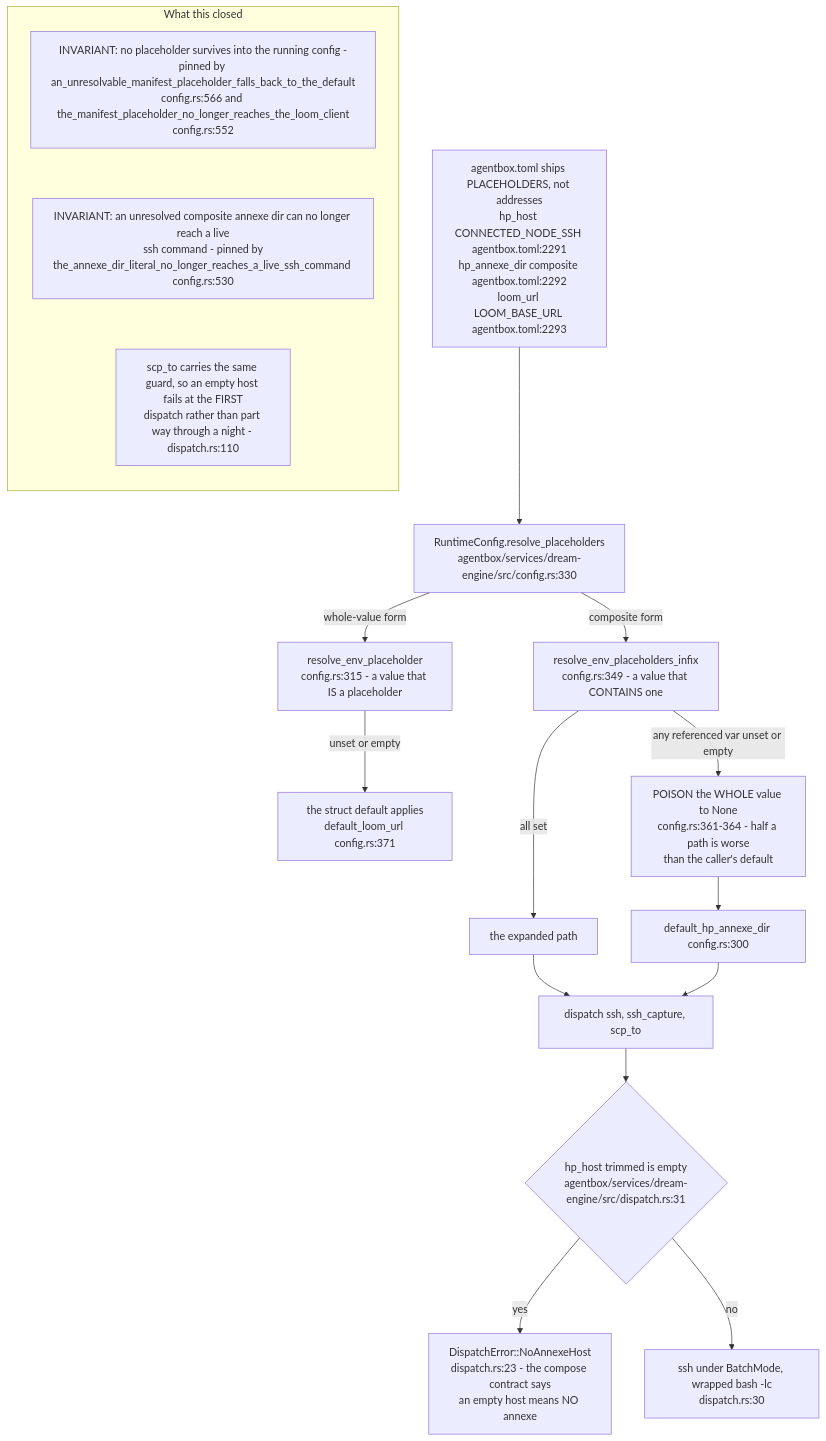
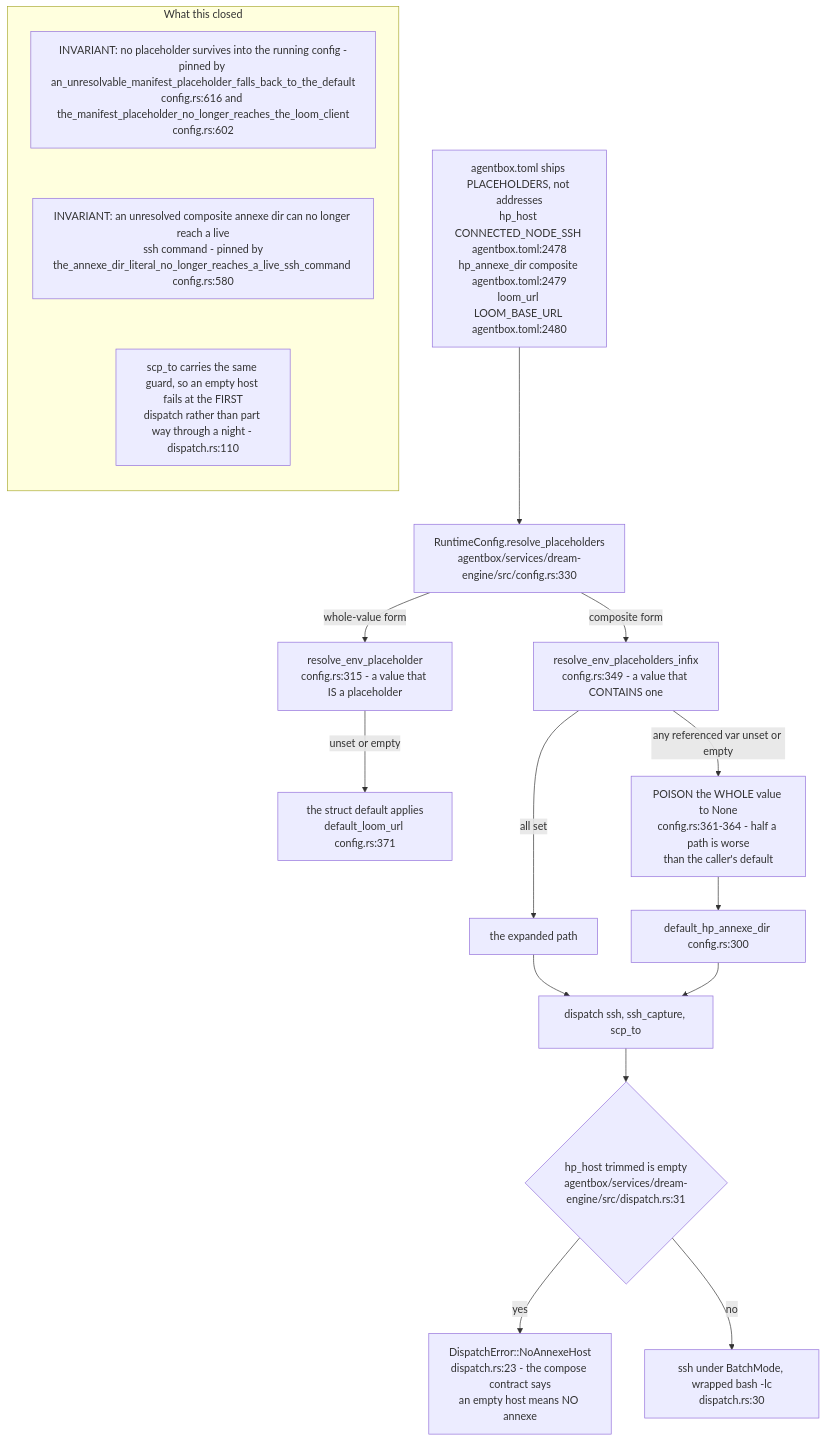
Before and after one commit to DreamLab-AI/VisionFlow: diagram 16 of 20 in docs/diagrams/agentbox/23-dream-engine.md, drawn with Mermaid. The commit also changed other lines of this file and 80 other files, not shown here.

First line of the commit message:
docs(diagrams): re-verify the agentbox, dreamlab, estate and visionflow corpus against current sources

````diff
--- a/docs/diagrams/agentbox/23-dream-engine.md
+++ b/docs/diagrams/agentbox/23-dream-engine.md
@@ -831,23 +859,23 @@
 ```mermaid
 flowchart TB
-    TOML["agentbox.toml ships PLACEHOLDERS, not addresses<br/>hp_host CONNECTED_NODE_SSH agentbox.toml:2291<br/>hp_annexe_dir composite agentbox.toml:2292<br/>loom_url LOOM_BASE_URL agentbox.toml:2293"]
+    TOML["agentbox.toml ships PLACEHOLDERS, not addresses<br/>hp_host CONNECTED_NODE_SSH agentbox.toml:2478<br/>hp_annexe_dir composite agentbox.toml:2479<br/>loom_url LOOM_BASE_URL agentbox.toml:2480"]
     TOML --> RP["RuntimeConfig.resolve_placeholders<br/>agentbox/services/dream-engine/src/config.rs:330"]
     RP -->|"whole-value form"| W["resolve_env_placeholder<br/>config.rs:315 - a value that IS a placeholder"]
     RP -->|"composite form"| I["resolve_env_placeholders_infix<br/>config.rs:349 - a value that CONTAINS one"]
     W -->|"unset or empty"| D1["the struct default applies<br/>default_loom_url config.rs:371"]
     I -->|"any referenced var unset or empty"| D2["POISON the WHOLE value to None<br/>config.rs:361-364 - half a path is worse<br/>than the caller's default"]
     D2 --> D3["default_hp_annexe_dir config.rs:300"]
     I -->|"all set"| OK["the expanded path"]
     OK --> DISP["dispatch ssh, ssh_capture, scp_to"]
     D3 --> DISP
     DISP --> GUARD{"hp_host trimmed is empty<br/>agentbox/services/dream-engine/src/dispatch.rs:31"}
     GUARD -->|"yes"| NAH["DispatchError::NoAnnexeHost<br/>dispatch.rs:23 - the compose contract says<br/>an empty host means NO annexe"]
     GUARD -->|"no"| SSH["ssh under BatchMode, wrapped bash -lc<br/>dispatch.rs:30"]
     subgraph notes["What this closed"]
         direction TB
-        N1["INVARIANT: no placeholder survives into the running config -<br/>pinned by an_unresolvable_manifest_placeholder_falls_back_to_the_default<br/>config.rs:566 and the_manifest_placeholder_no_longer_reaches_the_loom_client<br/>config.rs:552"]
-        N2["INVARIANT: an unresolved composite annexe dir can no longer reach a live<br/>ssh command - pinned by<br/>the_annexe_dir_literal_no_longer_reaches_a_live_ssh_command config.rs:530"]
+        N1["INVARIANT: no placeholder survives into the running config -<br/>pinned by an_unresolvable_manifest_placeholder_falls_back_to_the_default<br/>config.rs:616 and the_manifest_placeholder_no_longer_reaches_the_loom_client<br/>config.rs:602"]
+        N2["INVARIANT: an unresolved composite annexe dir can no longer reach a live<br/>ssh command - pinned by<br/>the_annexe_dir_literal_no_longer_reaches_a_live_ssh_command config.rs:580"]
         N3["scp_to carries the same guard, so an empty host fails at the FIRST<br/>dispatch rather than part way through a night - dispatch.rs:110"]
         N1 ~~~ N2 ~~~ N3
     end
 ```
````
